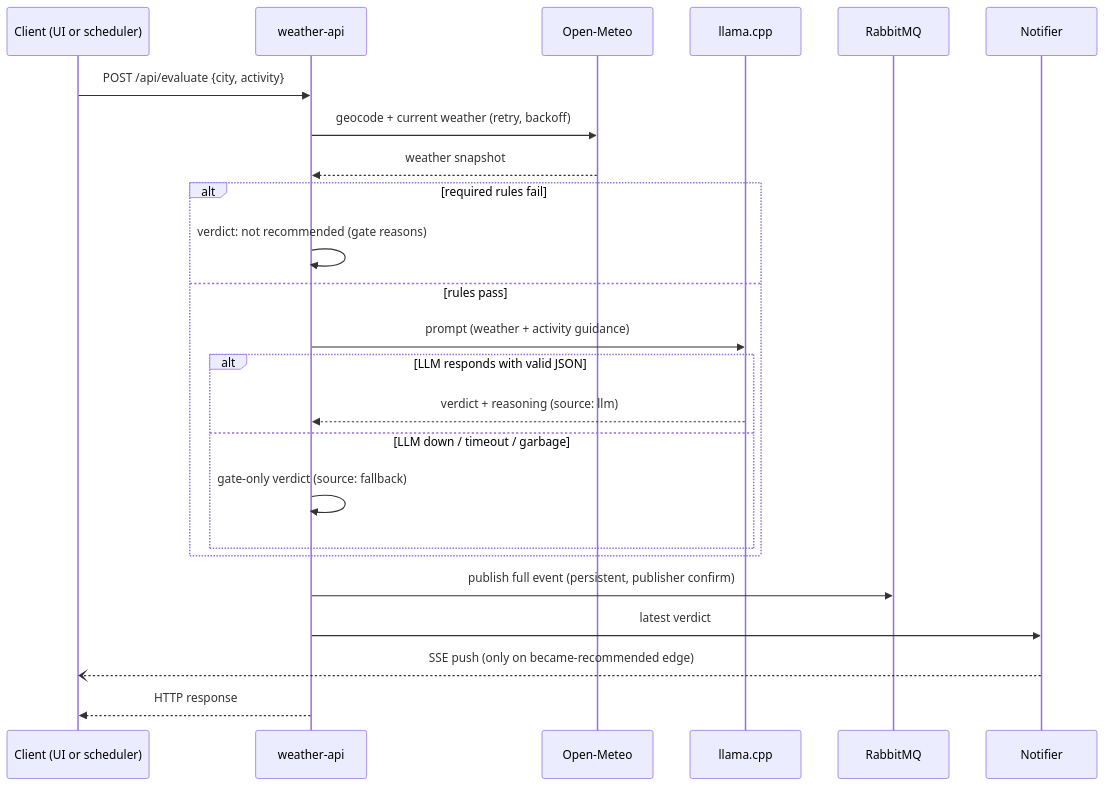
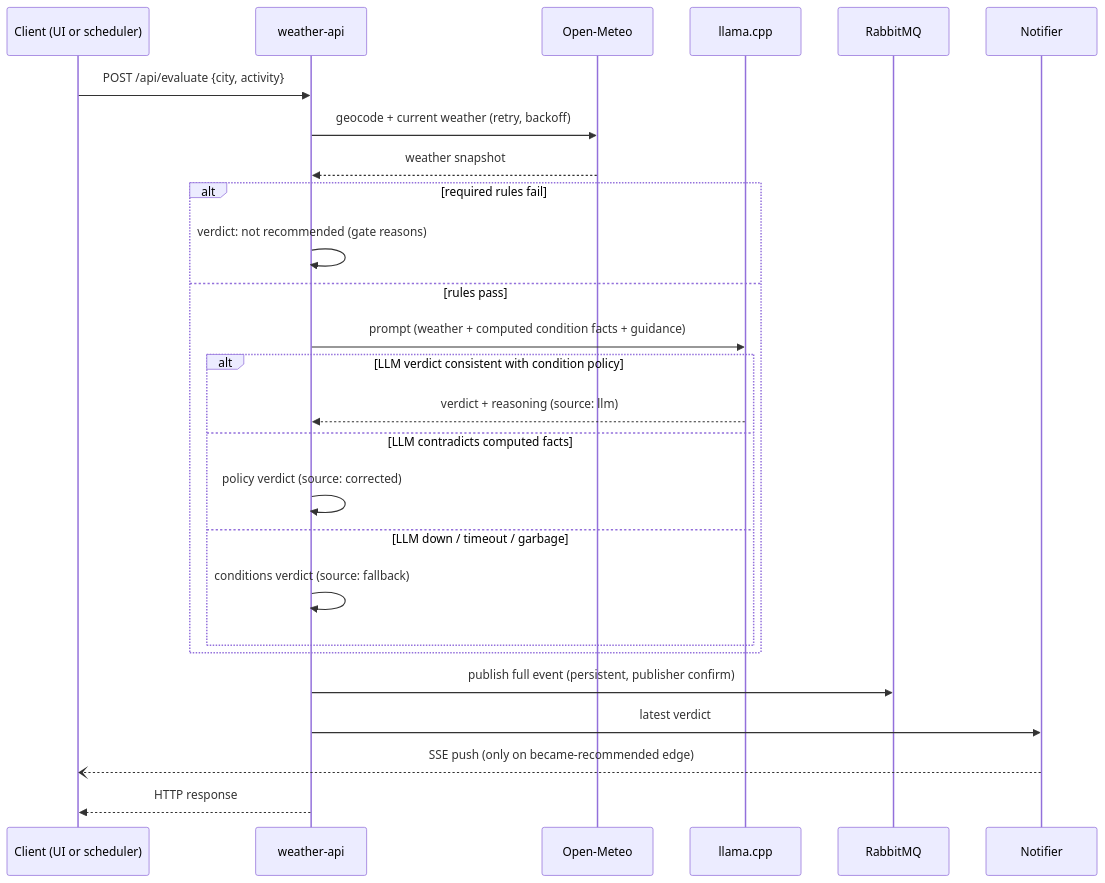
One commit to ChefControl/what-da-weather changed the third of 3 diagrams in DESIGN.md. Above: the diagram before and after it, drawn with Mermaid.

Commit message:
Sync sequence diagram with consistency-guard flow

````diff
--- a/DESIGN.md
+++ b/DESIGN.md
@@ -125,27 +125,29 @@
 ```mermaid
 sequenceDiagram
     participant C as Client (UI or scheduler)
     participant A as weather-api
     participant OM as Open-Meteo
     participant L as llama.cpp
     participant Q as RabbitMQ
     participant N as Notifier
 
     C->>A: POST /api/evaluate {city, activity}
     A->>OM: geocode + current weather (retry, backoff)
     OM-->>A: weather snapshot
     alt required rules fail
         A->>A: verdict: not recommended (gate reasons)
     else rules pass
-        A->>L: prompt (weather + activity guidance)
-        alt LLM responds with valid JSON
+        A->>L: prompt (weather + computed condition facts + guidance)
+        alt LLM verdict consistent with condition policy
             L-->>A: verdict + reasoning (source: llm)
+        else LLM contradicts computed facts
+            A->>A: policy verdict (source: corrected)
         else LLM down / timeout / garbage
-            A->>A: gate-only verdict (source: fallback)
+            A->>A: conditions verdict (source: fallback)
         end
     end
     A->>Q: publish full event (persistent, publisher confirm)
     A->>N: latest verdict
     N--)C: SSE push (only on became-recommended edge)
     A-->>C: HTTP response
 ```
````
